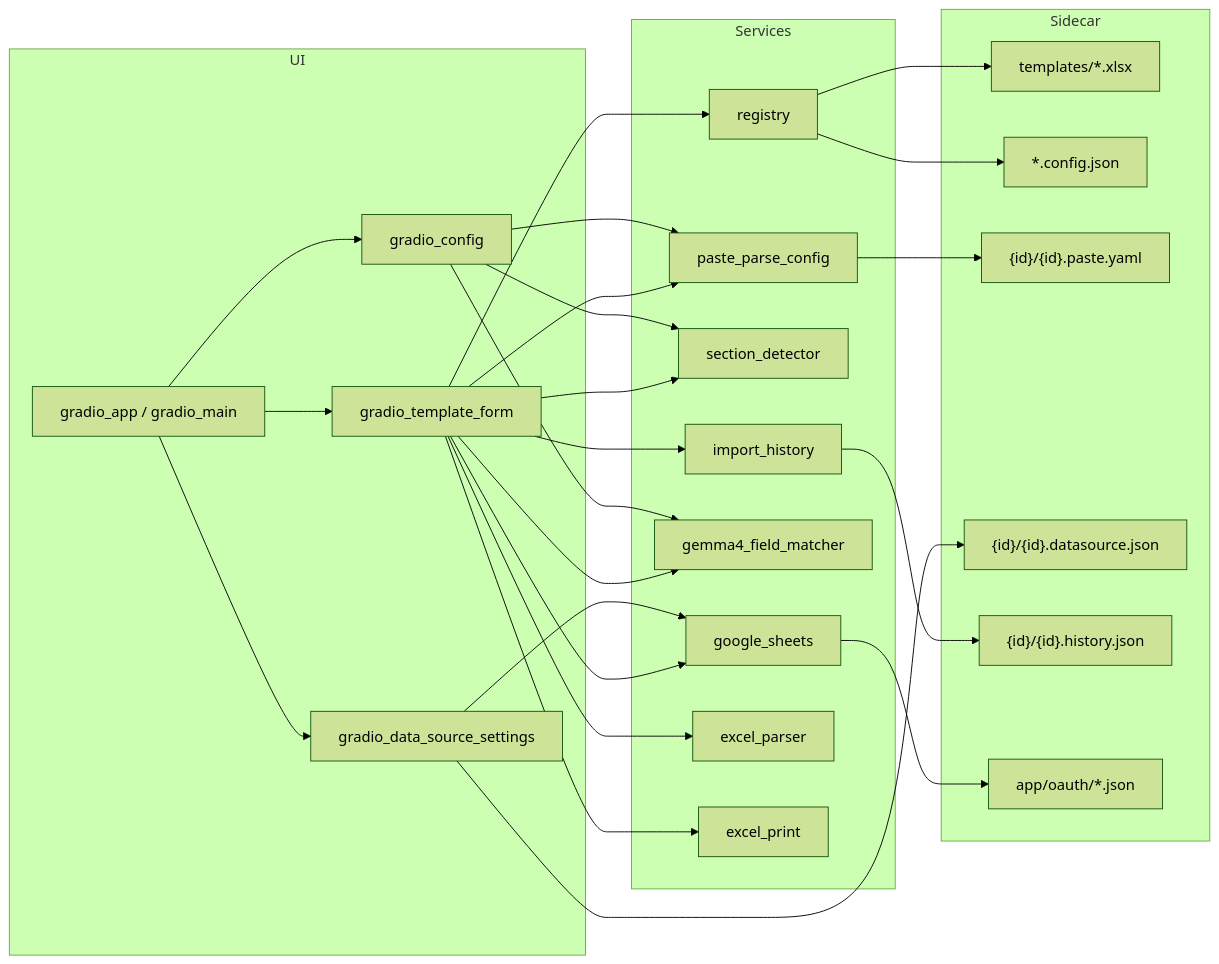
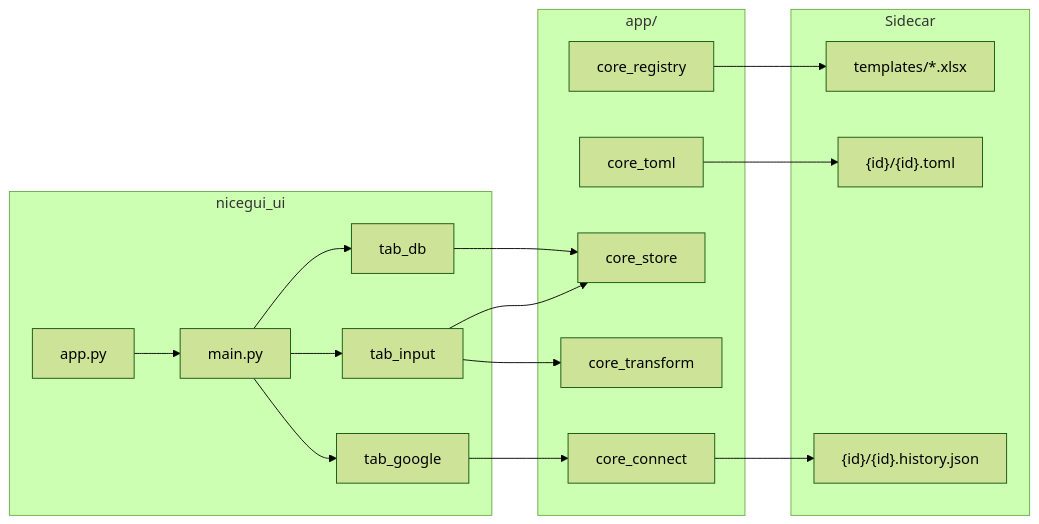
Before and after one commit to gostnort/excel-template-viz: the diagram in plans/CODEGRAPH_OVERVIEW.md, drawn with Mermaid (forest theme). The commit also changed other lines of this file and 49 other files, not shown here.

````diff
--- a/plans/CODEGRAPH_OVERVIEW.md
+++ b/plans/CODEGRAPH_OVERVIEW.md
@@ -127,48 +59,33 @@
 ```mermaid
 flowchart LR
-    subgraph UI
-        A[gradio_app / gradio_main]
-        F[gradio_template_form]
-        D[gradio_data_source_settings]
-        C[gradio_config]
+    subgraph UI["nicegui_ui"]
+        A[app.py]
+        M[main.py]
+        IN[tab_input]
+        GO[tab_google]
+        DB[tab_db]
     end
     subgraph Sidecar
         T["templates/*.xlsx"]
-        J["*.config.json"]
-        Y["{id}/{id}.paste.yaml"]
-        DS["{id}/{id}.datasource.json"]
+        TM["{id}/{id}.toml"]
         H["{id}/{id}.history.json"]
-        O["app/oauth/*.json"]
     end
-    subgraph Services
-        R[registry]
-        PPC[paste_parse_config]
-        SD[section_detector]
-        IH[import_history]
-        G4[gemma4_field_matcher]
-        GS[google_sheets]
-        EP[excel_parser]
-        EX[excel_print]
+    subgraph Services["app/"]
+        R[core_registry]
+        CT[core_toml]
+        CS[core_store]
+        CX[core_transform]
+        CC[core_connect]
     end
-    A --> F
-    A --> D
-    A --> C
-    F --> R
-    F --> PPC
-    F --> SD
-    F --> IH
-    F --> G4
-    F --> GS
-    F --> EP
-    F --> EX
-    C --> PPC
-    C --> G4
-    C --> SD
-    D --> GS
+    A --> M
+    M --> IN
+    M --> GO
+    M --> DB
+    IN --> CS
+    IN --> CX
+    GO --> CC
+    DB --> CS
     R --> T
-    R --> J
-    PPC --> Y
-    IH --> H
-    D --> DS
-    GS --> O
+    CT --> TM
+    CC --> H
 ```
````
